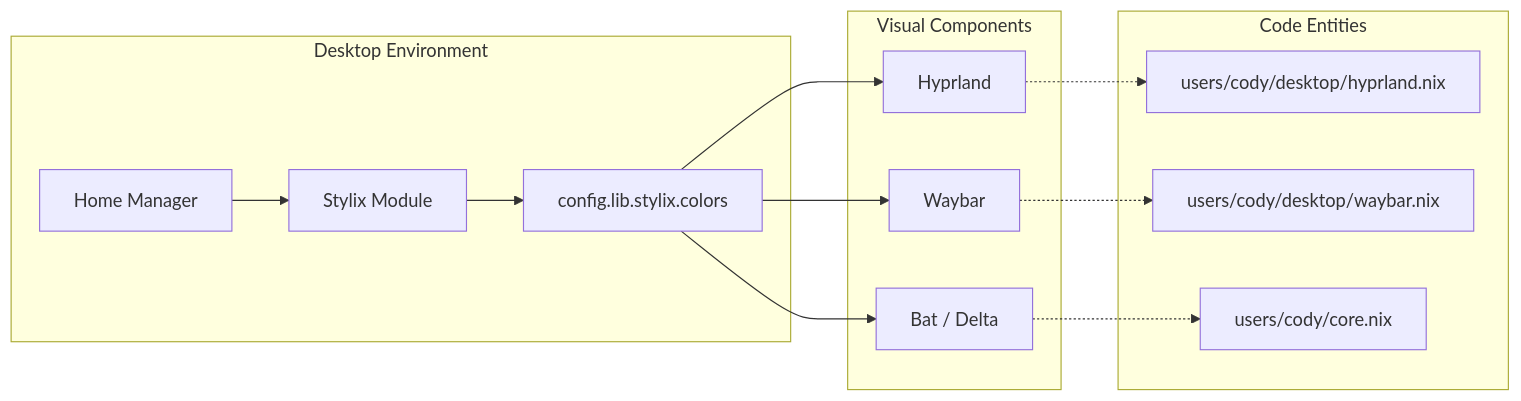
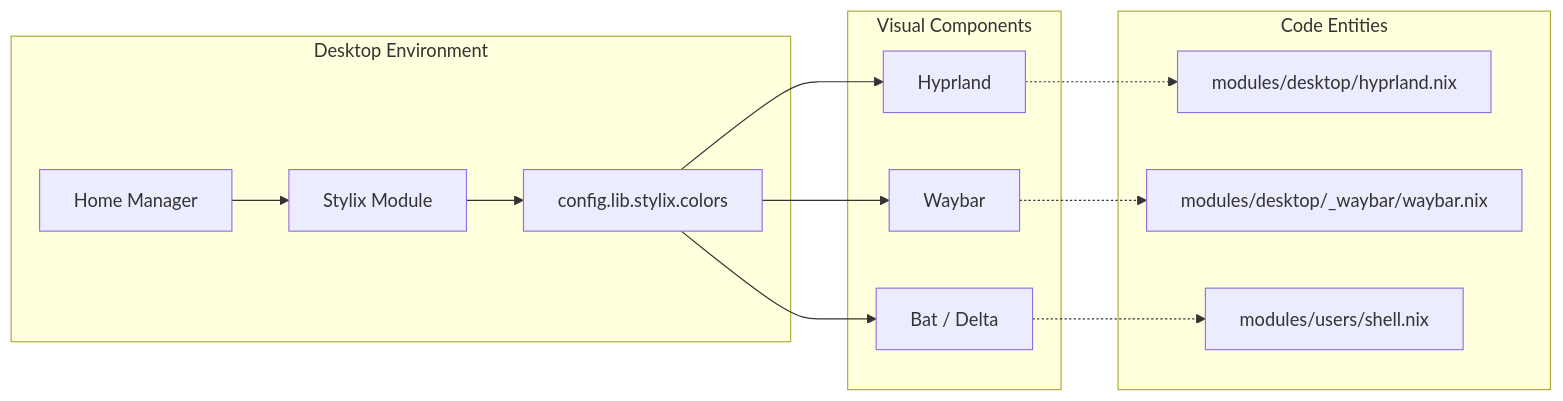
The second of 2 diagrams in docs/Theming-and-Styling-(Stylix).md (Cody-W-Tucker/nix-config), drawn with Mermaid before and after one commit. The commit also changed other lines of this file and 35 other files, not shown here.

````diff
--- a/docs/Theming-and-Styling-(Stylix).md
+++ b/docs/Theming-and-Styling-(Stylix).md
@@ -80,26 +79,26 @@
 ```mermaid
 flowchart LR
     subgraph subGraph2 ["Code Entities"]
-        HYP_CODE["users/cody/desktop/hyprland.nix"]
-        WB_CODE["users/cody/desktop/waybar.nix"]
-        PROG_CODE["users/cody/core.nix"]
+        HYP_CODE["modules/desktop/hyprland.nix"]
+        WB_CODE["modules/desktop/_waybar/waybar.nix"]
+        PROG_CODE["modules/users/shell.nix"]
     end
     subgraph subGraph1 ["Visual Components"]
         HYP["Hyprland"]
         WB["Waybar"]
         BAT["Bat / Delta"]
     end
     subgraph subGraph0 ["Desktop Environment"]
         HM["Home Manager"]
         ST["Stylix Module"]
         COLORS["config.lib.stylix.colors"]
     end
     HM --> ST
     ST --> COLORS
     COLORS --> HYP
     COLORS --> WB
     COLORS --> BAT
     HYP -.-> HYP_CODE
     WB -.-> WB_CODE
     BAT -.-> PROG_CODE
 ```
````
